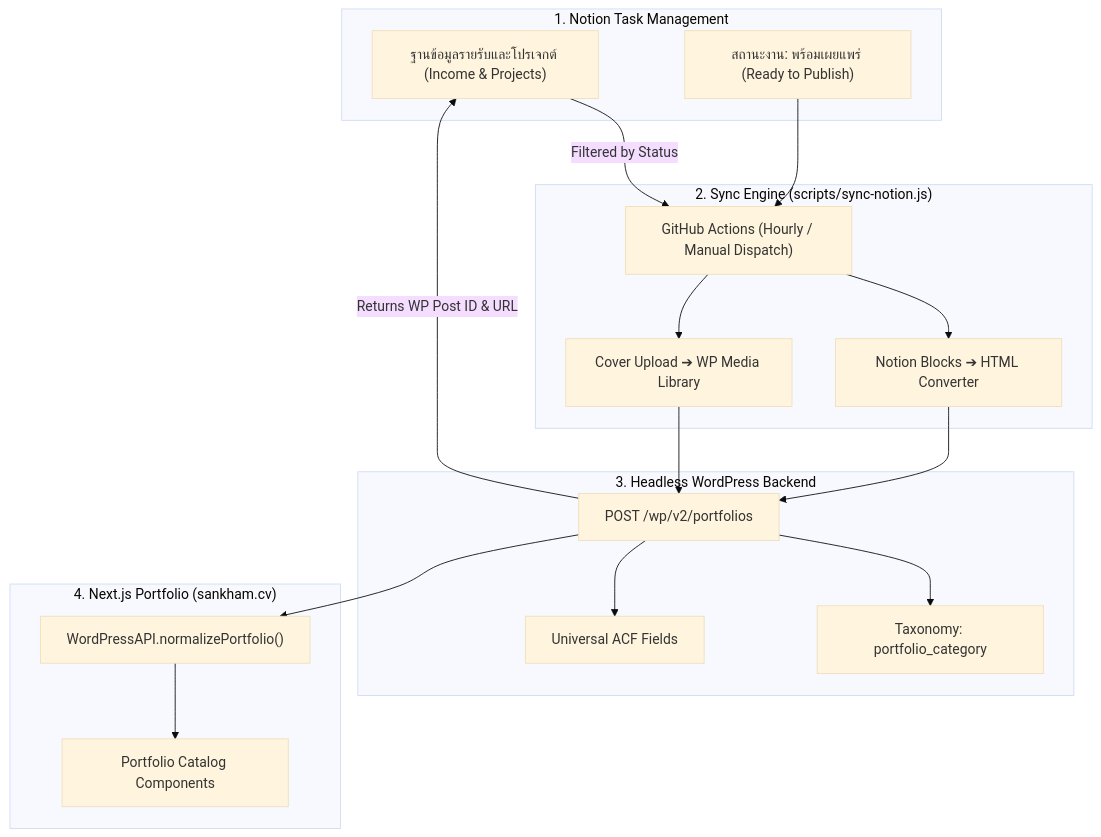
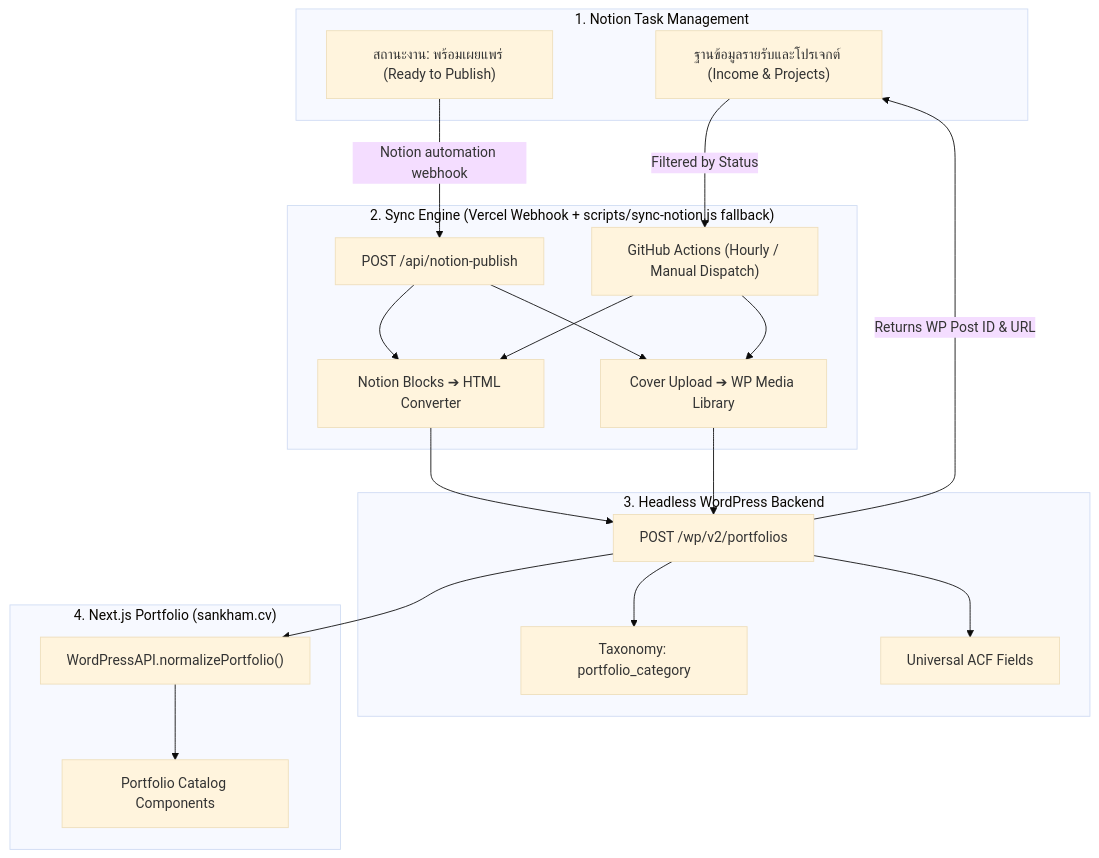
Before and after one commit to visarutforthaipbs/visarut-portfolio-frontend: the diagram in NOTION-WORDPRESS-SYNC.md, drawn with Mermaid (base theme). The commit also changed other lines of this file and 4 other files, not shown here.

Commit message:
new api for webhook

````diff
--- a/NOTION-WORDPRESS-SYNC.md
+++ b/NOTION-WORDPRESS-SYNC.md
@@ -9,32 +9,34 @@
 ```mermaid
 flowchart TD
     subgraph Notion ["1. Notion Task Management"]
         N_DB["ฐานข้อมูลรายรับและโปรเจกต์ (Income & Projects)"]
         N_Status["สถานะงาน: พร้อมเผยแพร่ (Ready to Publish)"]
     end
 
-    subgraph Sync ["2. Sync Engine (scripts/sync-notion.js)"]
+    subgraph Sync ["2. Sync Engine (Vercel Webhook + scripts/sync-notion.js fallback)"]
+        Webhook["POST /api/notion-publish"]
         GHA["GitHub Actions (Hourly / Manual Dispatch)"]
         HTML["Notion Blocks ➔ HTML Converter"]
         Media["Cover Upload ➔ WP Media Library"]
     end
 
     subgraph WordPress ["3. Headless WordPress Backend"]
         WP_Post["POST /wp/v2/portfolios"]
         WP_Tax["Taxonomy: portfolio_category"]
         WP_ACF["Universal ACF Fields"]
     end
 
     subgraph Frontend ["4. Next.js Portfolio (sankham.cv)"]
         Normalize["WordPressAPI.normalizePortfolio()"]
         UI["Portfolio Catalog Components"]
     end
 
     N_DB -->|Filtered by Status| GHA
-    N_Status --> GHA
+    N_Status -->|Notion automation webhook| Webhook
+    Webhook --> HTML & Media
     GHA --> HTML & Media
     HTML & Media --> WP_Post
     WP_Post --> WP_Tax & WP_ACF
     WP_Post -->|Returns WP Post ID & URL| N_DB
     WP_Post --> Normalize --> UI
 ```
````
